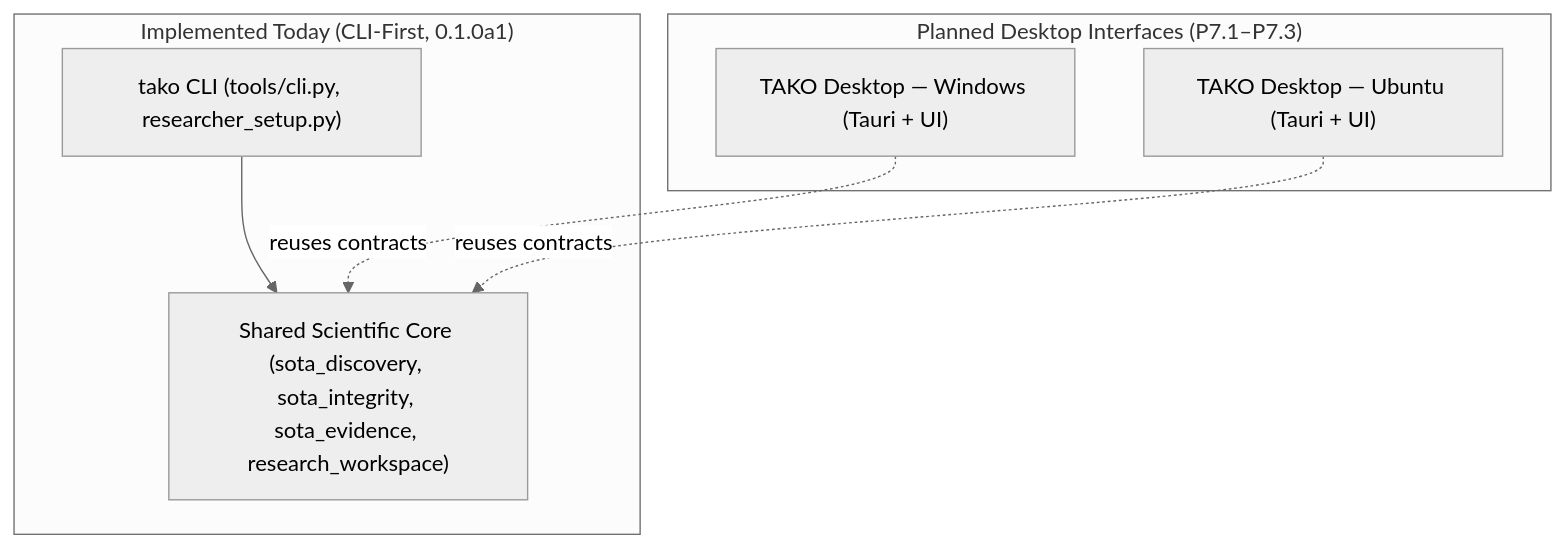
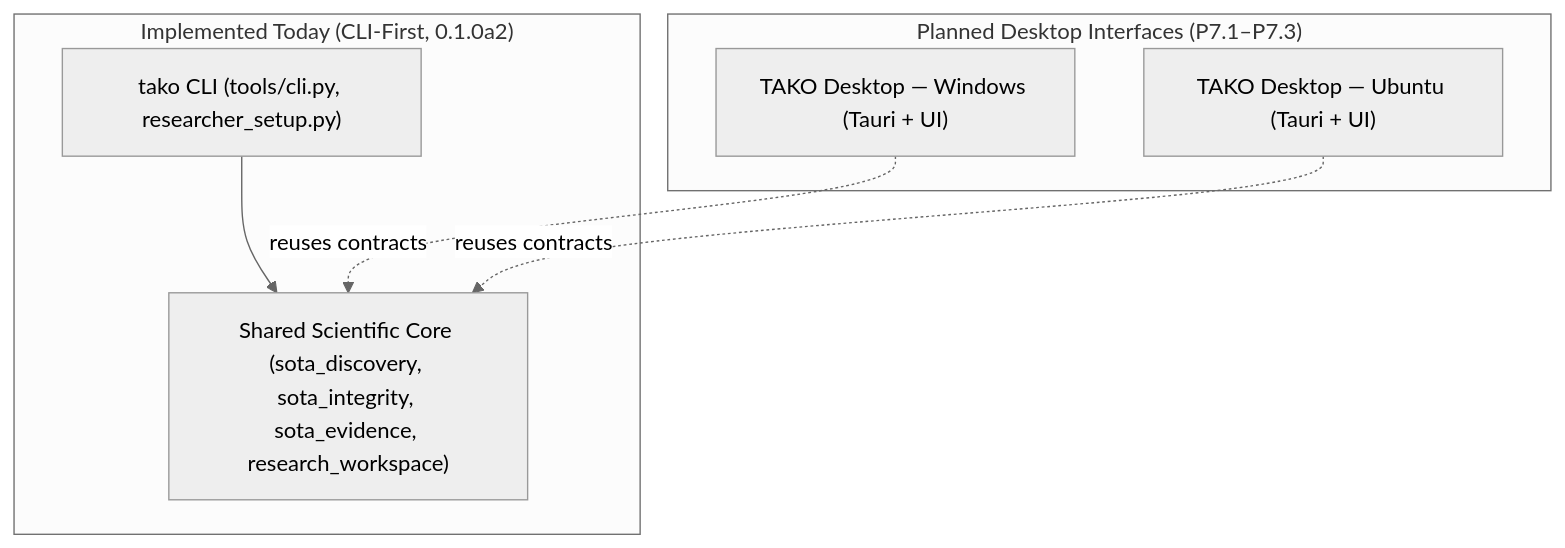
One commit to mmontielpz/tako changed the fifth of 6 diagrams in docs/architecture/ARDE_ARCHITECTURE_DIAGRAMS.md. Above: the diagram before and after it, drawn with Mermaid (neutral theme). The commit also changed 18 other files, not shown here.

````diff
--- a/docs/architecture/ARDE_ARCHITECTURE_DIAGRAMS.md
+++ b/docs/architecture/ARDE_ARCHITECTURE_DIAGRAMS.md
@@ -47,14 +47,14 @@
 ```mermaid
 flowchart TB
-  subgraph Implemented["Implemented Today (CLI-First, 0.1.0a1)"]
+  subgraph Implemented["Implemented Today (CLI-First, 0.1.0a2)"]
     CLI["tako CLI (tools/cli.py, researcher_setup.py)"]
     Core["Shared Scientific Core (sota_discovery, sota_integrity, sota_evidence, research_workspace)"]
     CLI --> Core
   end
   subgraph Planned["Planned Desktop Interfaces (P7.1–P7.3)"]
     WinUI["TAKO Desktop — Windows (Tauri + UI)"]
     UbuUI["TAKO Desktop — Ubuntu (Tauri + UI)"]
     WinUI -. reuses contracts .-> Core
     UbuUI -. reuses contracts .-> Core
   end
 ```
````
